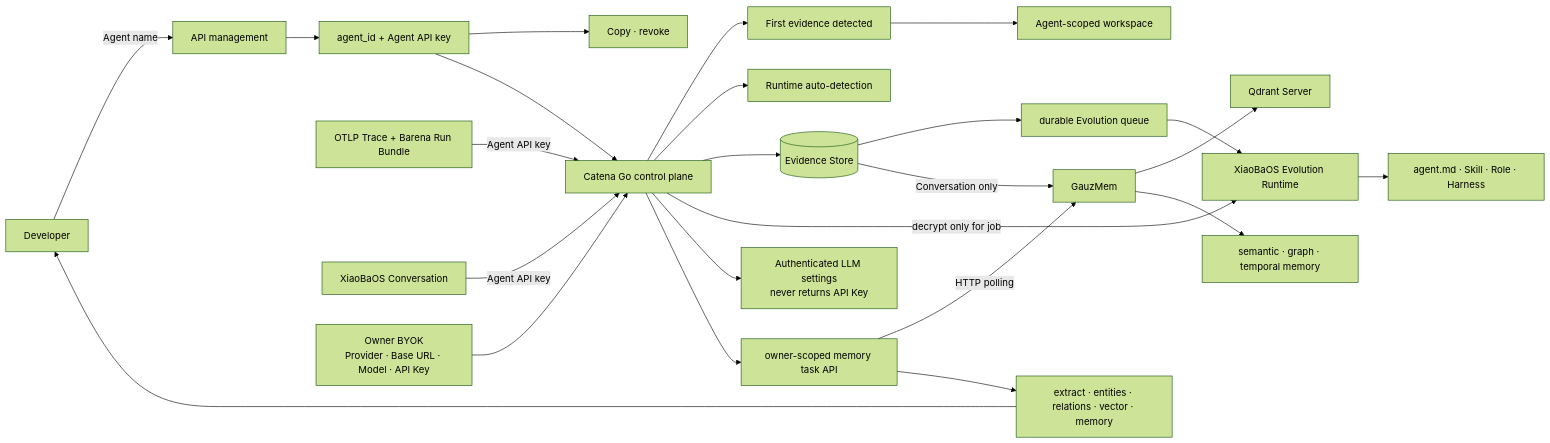
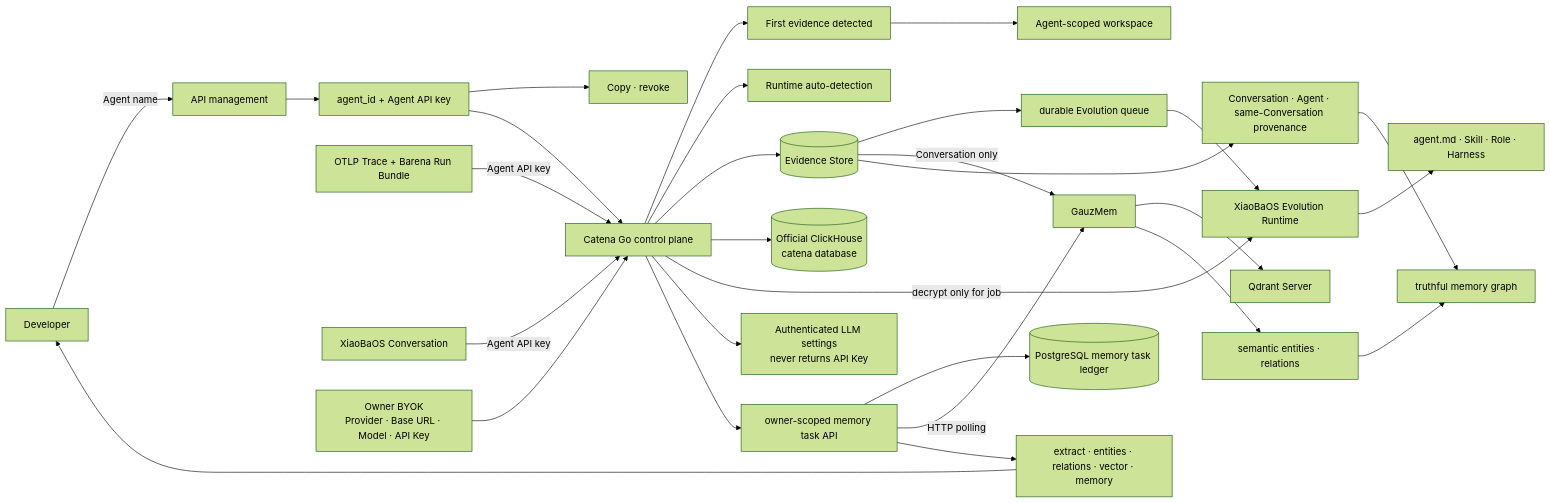
The second of 2 diagrams in SPEC.md (fightheyyy/CATENA), drawn with Mermaid (forest theme) before and after one commit. The commit also changed other lines of this file and 30 other files, not shown here.

````diff
--- a/SPEC.md
+++ b/SPEC.md
@@ -60,26 +61,31 @@
 ```mermaid
 flowchart LR
     Developer["Developer"] -->|"Agent name"| Keys["API management"]
     Keys --> Binding["agent_id + Agent API key"]
     Binding --> Manage["Copy · revoke"]
     Trace["OTLP Trace + Barena Run Bundle"] -->|"Agent API key"| Core["Catena Go control plane"]
     Conversation["XiaoBaOS Conversation"] -->|"Agent API key"| Core
     Binding --> Core
     Core --> Status["First evidence detected"]
     Status --> Workspace["Agent-scoped workspace"]
     Core --> Detect["Runtime auto-detection"]
     Core --> Evidence[("Evidence Store")]
     Evidence --> Queue["durable Evolution queue"]
+    Core --> CH[("Official ClickHouse<br/>catena database")]
     Owner["Owner BYOK<br/>Provider · Base URL · Model · API Key"] --> Core
     Core -->|"decrypt only for job"| Runtime
     Queue --> Runtime["XiaoBaOS Evolution Runtime"]
     Runtime --> Assets["agent.md · Skill · Role · Harness"]
     Core --> ModelStatus["Authenticated LLM settings<br/>never returns API Key"]
     Evidence -->|"Conversation only"| GauzMem["GauzMem"]
     Core --> TaskAPI["owner-scoped memory task API"]
+    TaskAPI --> MemoryLedger[("PostgreSQL memory task ledger")]
     TaskAPI -->|"HTTP polling"| GauzMem
     GauzMem --> Qdrant["Qdrant Server"]
     TaskAPI --> Progress["extract · entities · relations · vector · memory"]
     Progress --> Developer
-    GauzMem --> Memory["semantic · graph · temporal memory"]
+    GauzMem --> Semantic["semantic entities · relations"]
+    Evidence --> Provenance["Conversation · Agent · same-Conversation provenance"]
+    Semantic --> Memory["truthful memory graph"]
+    Provenance --> Memory
 ```
````
